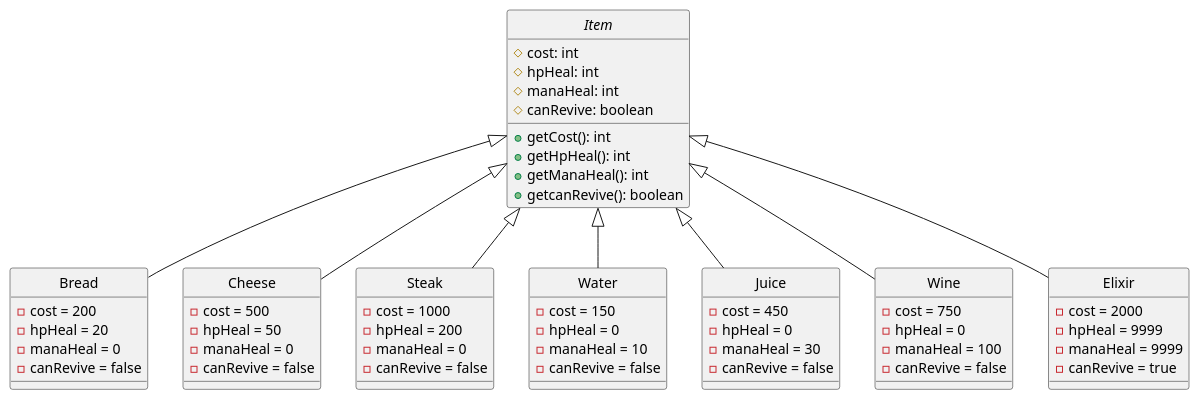
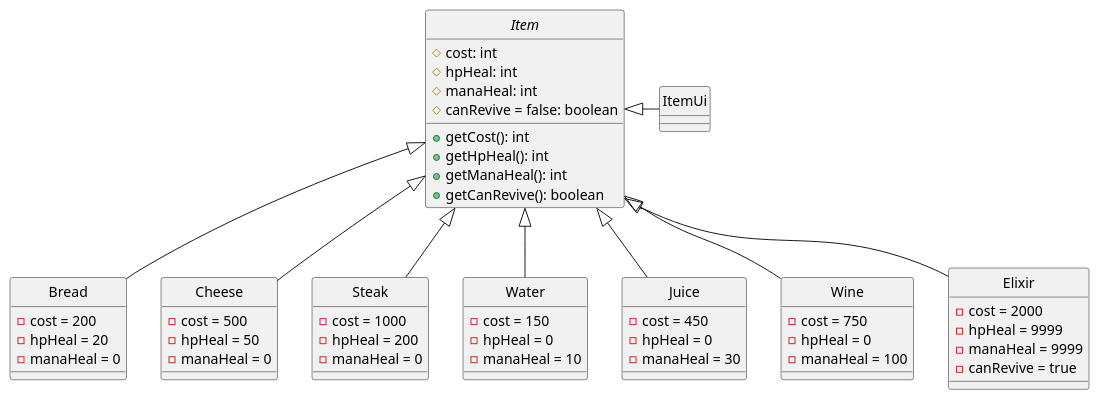
One commit to JosefG50/2203-Legends-of-Sword-and-Wand changed the diagram in rpg-legends/docs/uml/item.puml. Above: the diagram before and after it, drawn with PlantUML. The commit also changed 2 other files, not shown here.

```diff
--- a/rpg-legends/docs/uml/item.puml
+++ b/rpg-legends/docs/uml/item.puml
@@ -1,74 +1,61 @@
 @startuml Intereact with Inn
 skinparam Style strictuml
 skinparam SequenceMessageAlignment center
 
 abstract class Item{
     # cost: int
     # hpHeal: int
     # manaHeal: int
-    # canRevive: boolean
+    # canRevive = false: boolean
     + getCost(): int
     + getHpHeal(): int
     + getManaHeal(): int
-    + getcanRevive(): boolean
+    + getCanRevive(): boolean
 }
 class Bread{
     - cost = 200
     - hpHeal = 20
     - manaHeal = 0
-    - canRevive = false
-
 }
 class Cheese{
     - cost = 500
     - hpHeal = 50
     - manaHeal = 0
-    - canRevive = false
-    
 }
 class Steak{
     - cost = 1000
     - hpHeal = 200
     - manaHeal = 0
-    - canRevive = false
-    
 }
 class Water{
     - cost = 150
     - hpHeal = 0
-    - manaHeal = 10
-    - canRevive = false
-    
+    - manaHeal = 10   
 }
 class Juice{
     - cost = 450
     - hpHeal = 0
     - manaHeal = 30
-    - canRevive = false
-    
 }
 class Wine{
     - cost = 750
     - hpHeal = 0
     - manaHeal = 100
-    - canRevive = false
-    
 }
 class Elixir{
     - cost = 2000
     - hpHeal = 9999
     - manaHeal = 9999
-    - canRevive = true
-    
+    - canRevive = true    
 }
 
 Item <|-- Bread
 Item <|-- Cheese
 Item <|-- Steak
 Item <|-- Water
+Item <|- ItemUi
 Item <|-- Juice
 Item <|-- Wine
 Item <|-- Elixir
 
-
 @enduml
```
